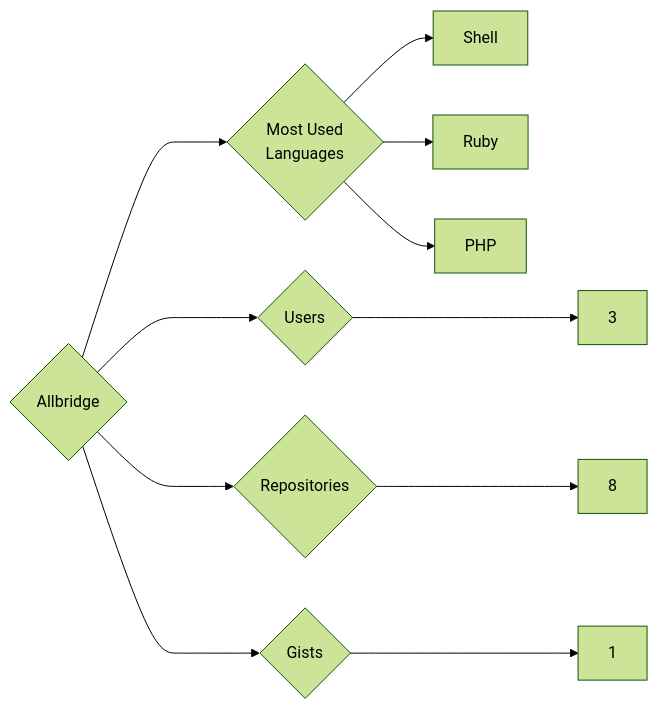
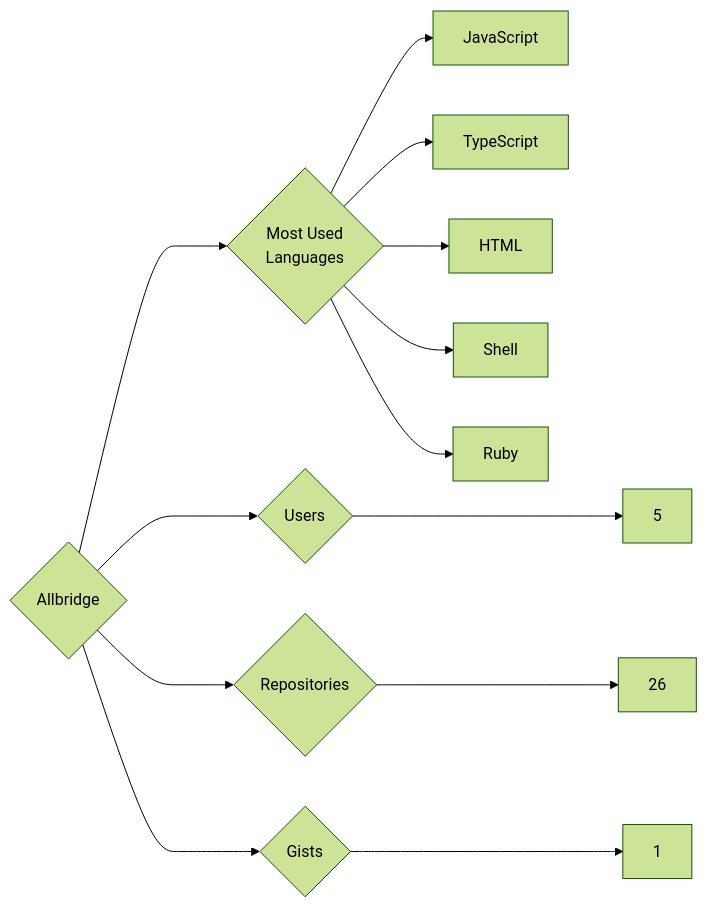
One commit to trickest/insiders changed the diagram in targets/Allbridge/README.md. Above: the diagram before and after it, drawn with Mermaid (forest theme). The commit also changed 880 other files, not shown here.

````diff
--- a/targets/Allbridge/README.md
+++ b/targets/Allbridge/README.md
@@ -3,11 +3,13 @@
 ```mermaid
 graph LR
 COMPANY_NAME{Allbridge}
-COMPANY_NAME ---> U{Users} ---> UN[3]
-COMPANY_NAME ---> R{Repositories} ---> RN[8]
+COMPANY_NAME ---> U{Users} ---> UN[5]
+COMPANY_NAME ---> R{Repositories} ---> RN[26]
 COMPANY_NAME ---> G{Gists} ---> GN[1]
 COMPANY_NAME ---> ML{Most Used<br>Languages}
+ML --> JavaScript[JavaScript]
+ML --> TypeScript[TypeScript]
+ML --> HTML[HTML]
 ML --> Shell[Shell]
 ML --> Ruby[Ruby]
-ML --> PHP[PHP]
 ```
````
